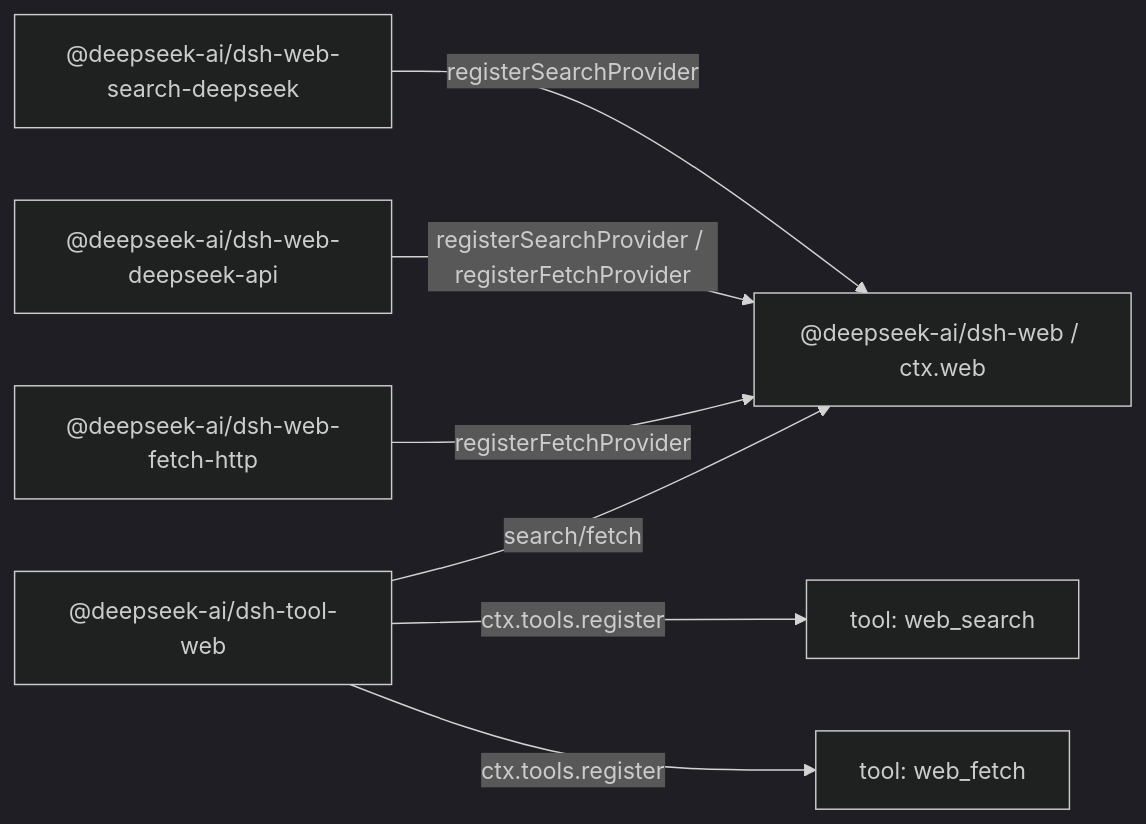
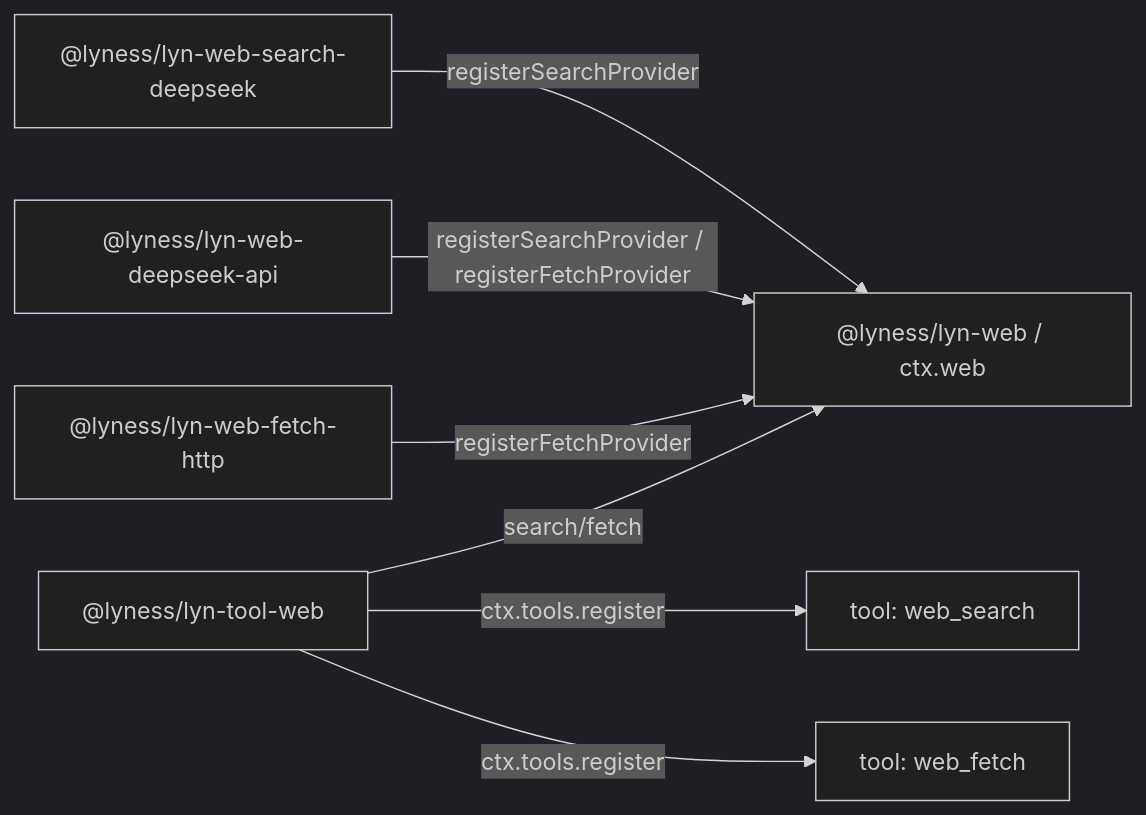
The diagram in .agents/notes/implemented/architecture/2026-06-24-web-capability-seam.md (XavierZhang/lyness), drawn with Mermaid (dark theme) before and after one commit. The commit also changed other lines of this file and 10813 other files, not shown here.

````diff
--- a/.agents/notes/implemented/architecture/2026-06-24-web-capability-seam.md
+++ b/.agents/notes/implemented/architecture/2026-06-24-web-capability-seam.md
@@ -56,9 +56,9 @@
 ```mermaid
 flowchart LR
-  deepseek["@deepseek-ai/dsh-web-search-deepseek"] -->|registerSearchProvider| web["@deepseek-ai/dsh-web / ctx.web"]
-  deepseekApi["@deepseek-ai/dsh-web-deepseek-api"] -->|registerSearchProvider / registerFetchProvider| web
-  fetchLocal["@deepseek-ai/dsh-web-fetch-http"] -->|registerFetchProvider| web
-  toolWeb["@deepseek-ai/dsh-tool-web"] -->|search/fetch| web
+  deepseek["@lyness/lyn-web-search-deepseek"] -->|registerSearchProvider| web["@lyness/lyn-web / ctx.web"]
+  deepseekApi["@lyness/lyn-web-deepseek-api"] -->|registerSearchProvider / registerFetchProvider| web
+  fetchLocal["@lyness/lyn-web-fetch-http"] -->|registerFetchProvider| web
+  toolWeb["@lyness/lyn-tool-web"] -->|search/fetch| web
   toolWeb -->|ctx.tools.register| webSearch["tool: web_search"]
   toolWeb -->|ctx.tools.register| webFetch["tool: web_fetch"]
 ```
````
